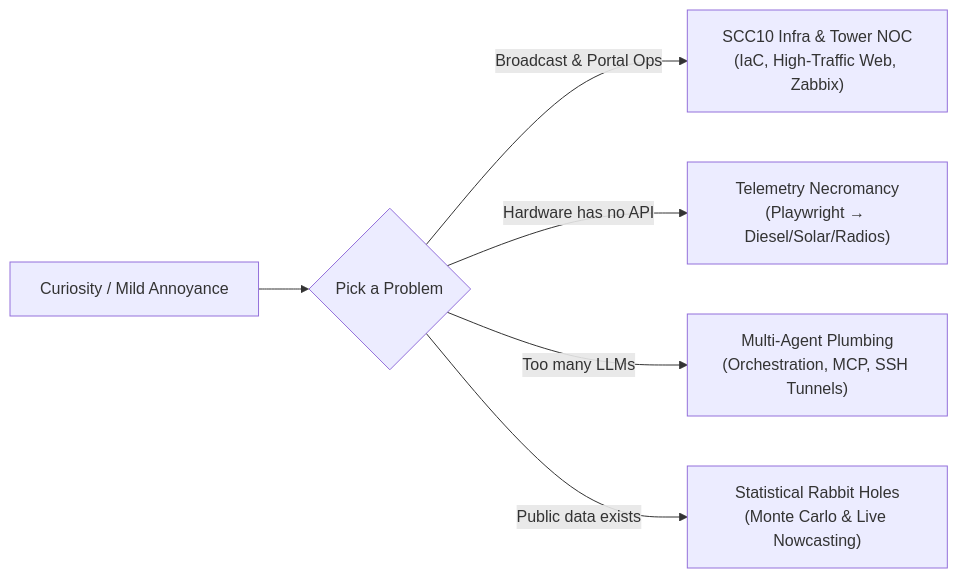
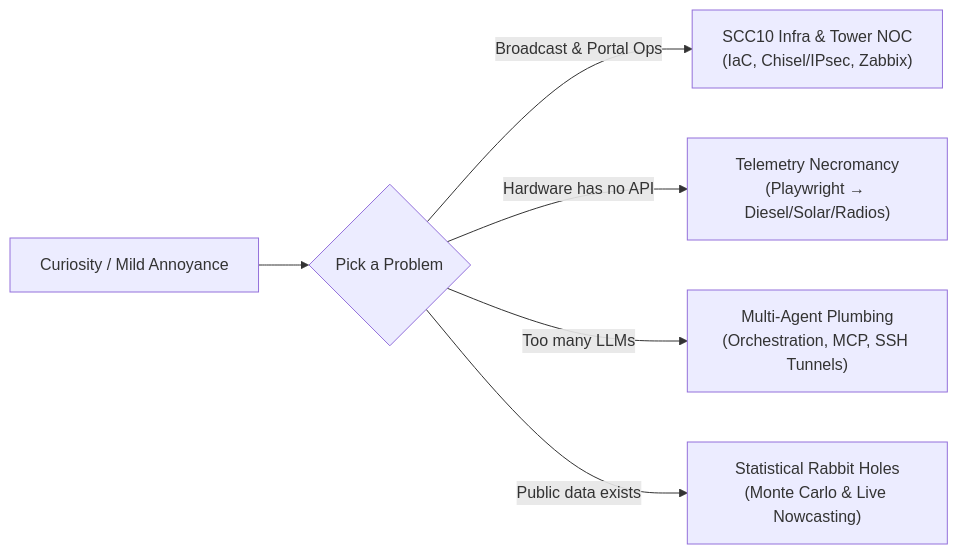
One commit to berndof/berndof changed the diagram in README.md. Above: the diagram before and after it, drawn with Mermaid. The commit also changed other lines of this file and 2 other files, not shown here.

Commit message:
feat: add custom 3D isometric NOC telemetry HUD, RFC 2119 axioms, and crontab

````diff
--- a/README.md
+++ b/README.md
@@ -24,8 +24,8 @@
 ```mermaid
 flowchart LR
     A["Curiosity / Mild Annoyance"] --> B{"Pick a Problem"}
-    B -->| Broadcast & Portal Ops | C["SCC10 Infra & Tower NOC<br/>(IaC, High-Traffic Web, Zabbix)"]
+    B -->| Broadcast & Portal Ops | C["SCC10 Infra & Tower NOC<br/>(IaC, Chisel/IPsec, Zabbix)"]
     B -->| Hardware has no API | D["Telemetry Necromancy<br/>(Playwright → Diesel/Solar/Radios)"]
     B -->| Too many LLMs | E["Multi-Agent Plumbing<br/>(Orchestration, MCP, SSH Tunnels)"]
     B -->| Public data exists | F["Statistical Rabbit Holes<br/>(Monte Carlo & Live Nowcasting)"]
 ```
````
